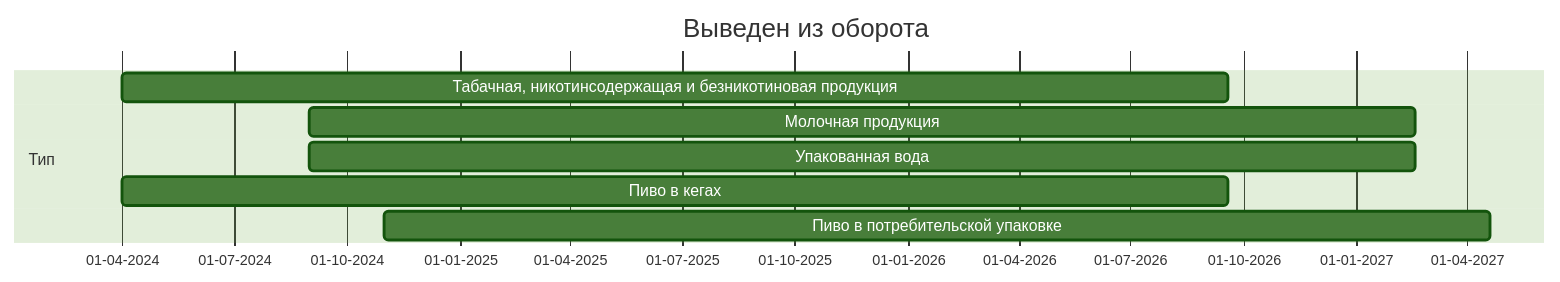
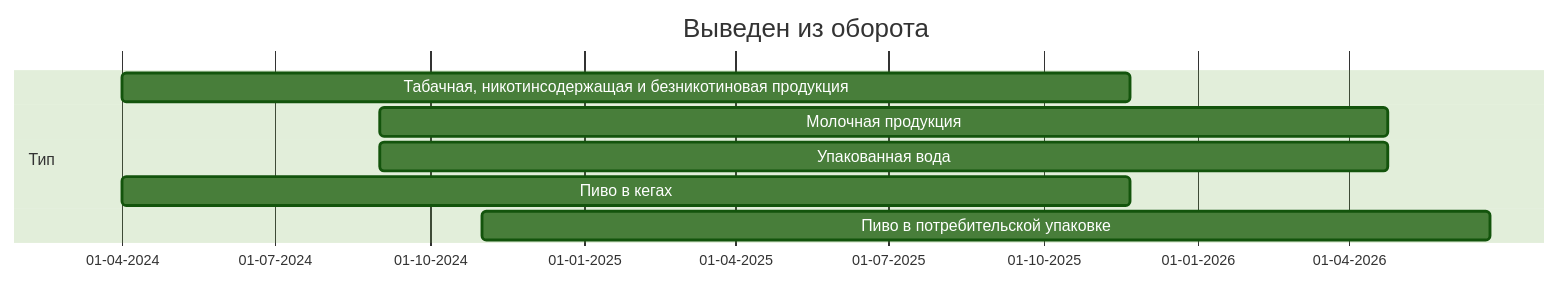
The second of 7 diagrams in imark/ppr1944.md (itidasoft/wiki), drawn with Mermaid (forest theme) before and after one commit. The commit also changed other lines of this file, not shown here.

````diff
--- a/imark/ppr1944.md
+++ b/imark/ppr1944.md
@@ -209,12 +209,12 @@
 ```mermaid
 gantt
 	title Выведен из оборота
   dateFormat DD-MM-YYYY
   axisFormat %d-%m-%Y
   section Тип  
-  	Табачная, никотинсодержащая и безникотиновая продукция          :a1, 01-04-2024, 900d
-    Молочная продукция    :a2, 01-09-2024, 900d
-    Упакованная вода   :a3, 01-09-2024, 900d
-    Пиво в кегах       :a4, 01-04-2024, 900d
-    Пиво в потребительской упаковке       :a5, 01-11-2024, 900d
+  	Табачная, никотинсодержащая и безникотиновая продукция          :a1, 01-04-2024, 600d
+    Молочная продукция    :a2, 01-09-2024, 600d
+    Упакованная вода   :a3, 01-09-2024, 600d
+    Пиво в кегах       :a4, 01-04-2024, 600d
+    Пиво в потребительской упаковке       :a5, 01-11-2024, 600d
 ```
````
